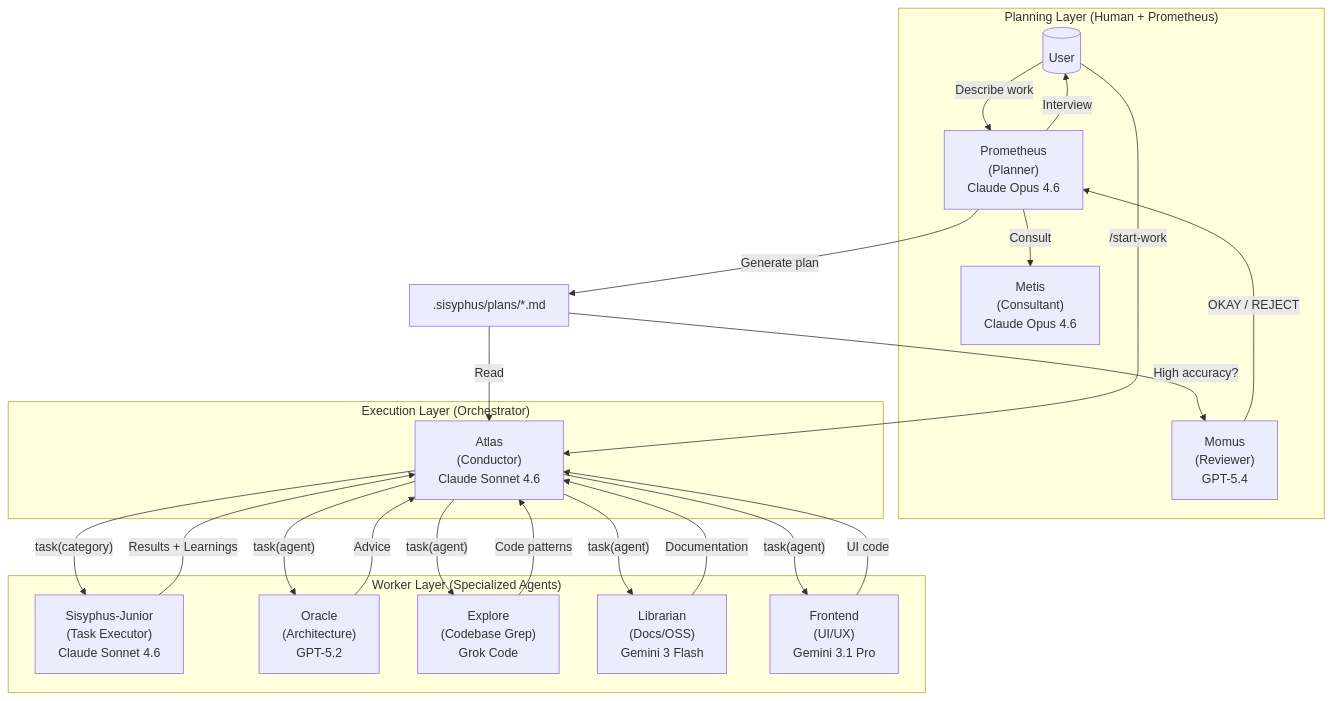
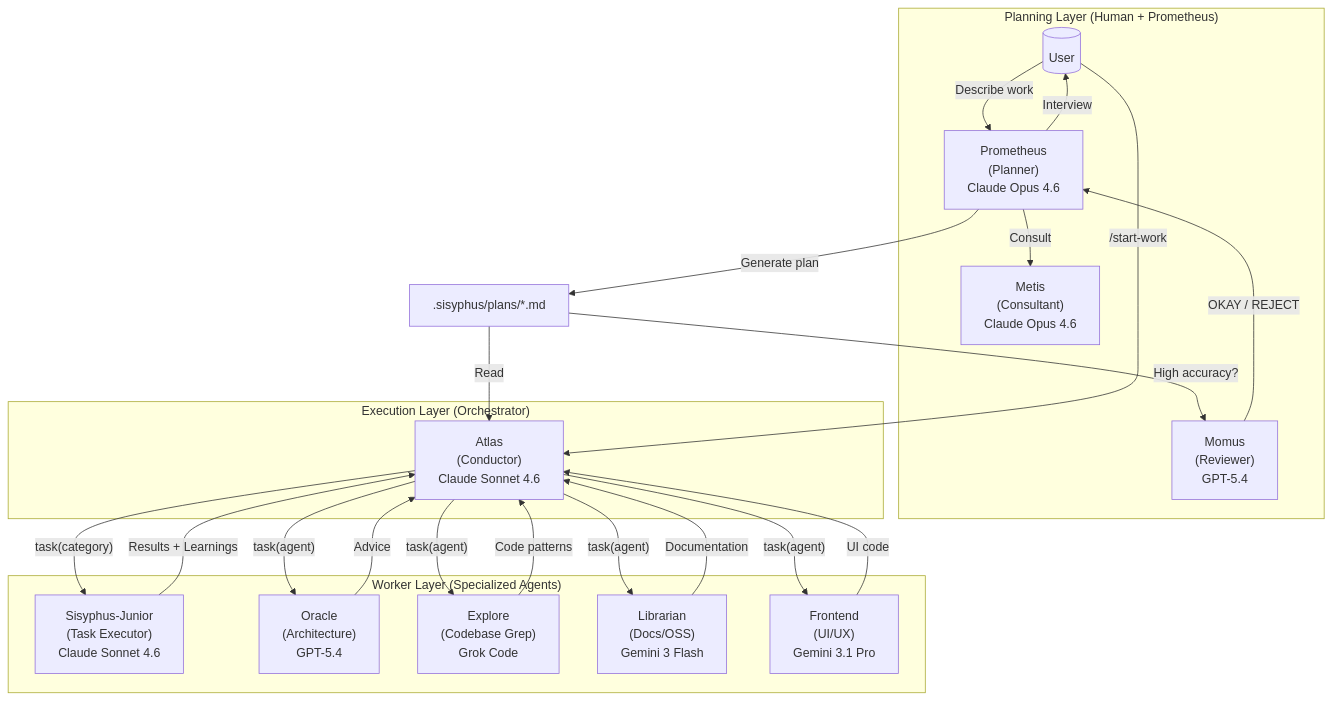
One commit to bannert1337/agent-core changed the first of 3 diagrams in docs/guide/orchestration.md. Above: the diagram before and after it, drawn with Mermaid. The commit also changed 50 other files, not shown here.

````diff
--- a/docs/guide/orchestration.md
+++ b/docs/guide/orchestration.md
@@ -33,43 +33,43 @@
 ```mermaid
 flowchart TB
     subgraph Planning["Planning Layer (Human + Prometheus)"]
         User[(" User")]
         Prometheus[" Prometheus<br/>(Planner)<br/>Claude Opus 4.6"]
         Metis[" Metis<br/>(Consultant)<br/>Claude Opus 4.6"]
         Momus[" Momus<br/>(Reviewer)<br/>GPT-5.4"]
     end
 
     subgraph Execution["Execution Layer (Orchestrator)"]
         Orchestrator[" Atlas<br/>(Conductor)<br/>Claude Sonnet 4.6"]
     end
 
     subgraph Workers["Worker Layer (Specialized Agents)"]
         Junior[" Sisyphus-Junior<br/>(Task Executor)<br/>Claude Sonnet 4.6"]
-        Oracle[" Oracle<br/>(Architecture)<br/>GPT-5.2"]
+        Oracle[" Oracle<br/>(Architecture)<br/>GPT-5.4"]
         Explore[" Explore<br/>(Codebase Grep)<br/>Grok Code"]
         Librarian[" Librarian<br/>(Docs/OSS)<br/>Gemini 3 Flash"]
         Frontend[" Frontend<br/>(UI/UX)<br/>Gemini 3.1 Pro"]
     end
 
     User -->|"Describe work"| Prometheus
     Prometheus -->|"Consult"| Metis
     Prometheus -->|"Interview"| User
     Prometheus -->|"Generate plan"| Plan[".sisyphus/plans/*.md"]
     Plan -->|"High accuracy?"| Momus
     Momus -->|"OKAY / REJECT"| Prometheus
 
     User -->|"/start-work"| Orchestrator
     Plan -->|"Read"| Orchestrator
 
     Orchestrator -->|"task(category)"| Junior
     Orchestrator -->|"task(agent)"| Oracle
     Orchestrator -->|"task(agent)"| Explore
     Orchestrator -->|"task(agent)"| Librarian
     Orchestrator -->|"task(agent)"| Frontend
 
     Junior -->|"Results + Learnings"| Orchestrator
     Oracle -->|"Advice"| Orchestrator
     Explore -->|"Code patterns"| Orchestrator
     Librarian -->|"Documentation"| Orchestrator
     Frontend -->|"UI code"| Orchestrator
 ```
````
